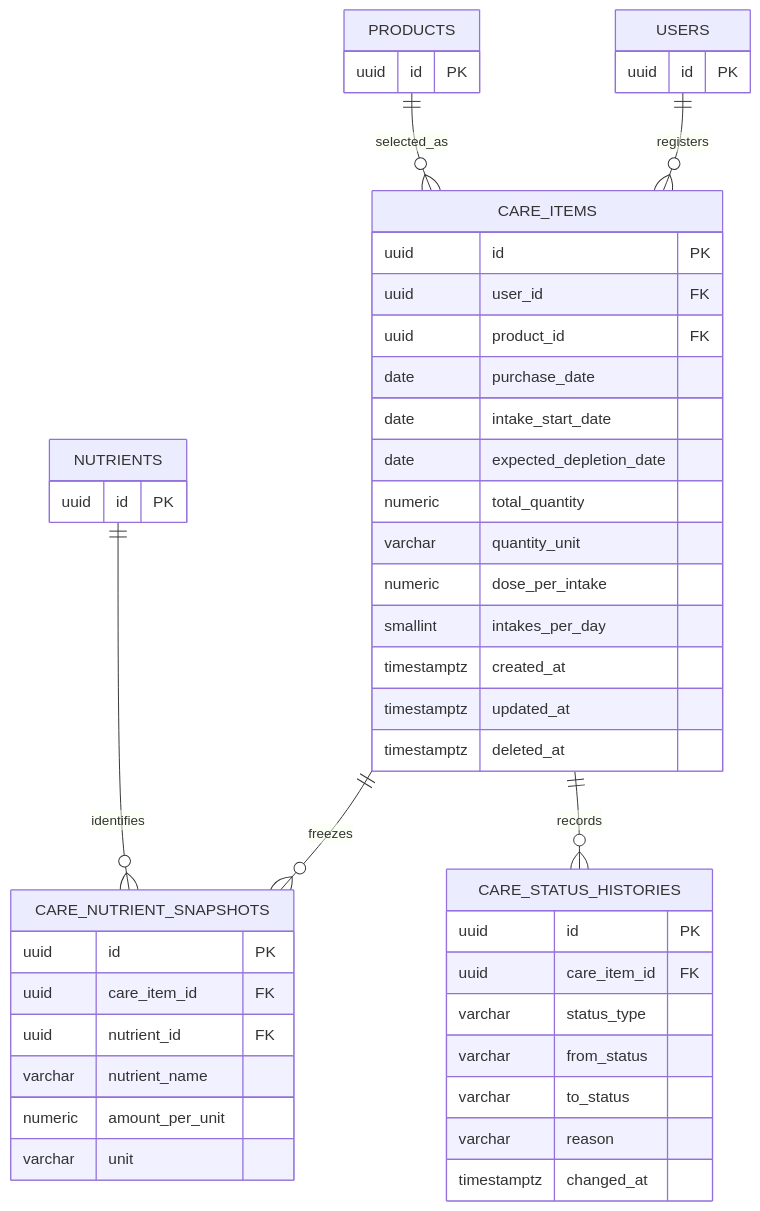
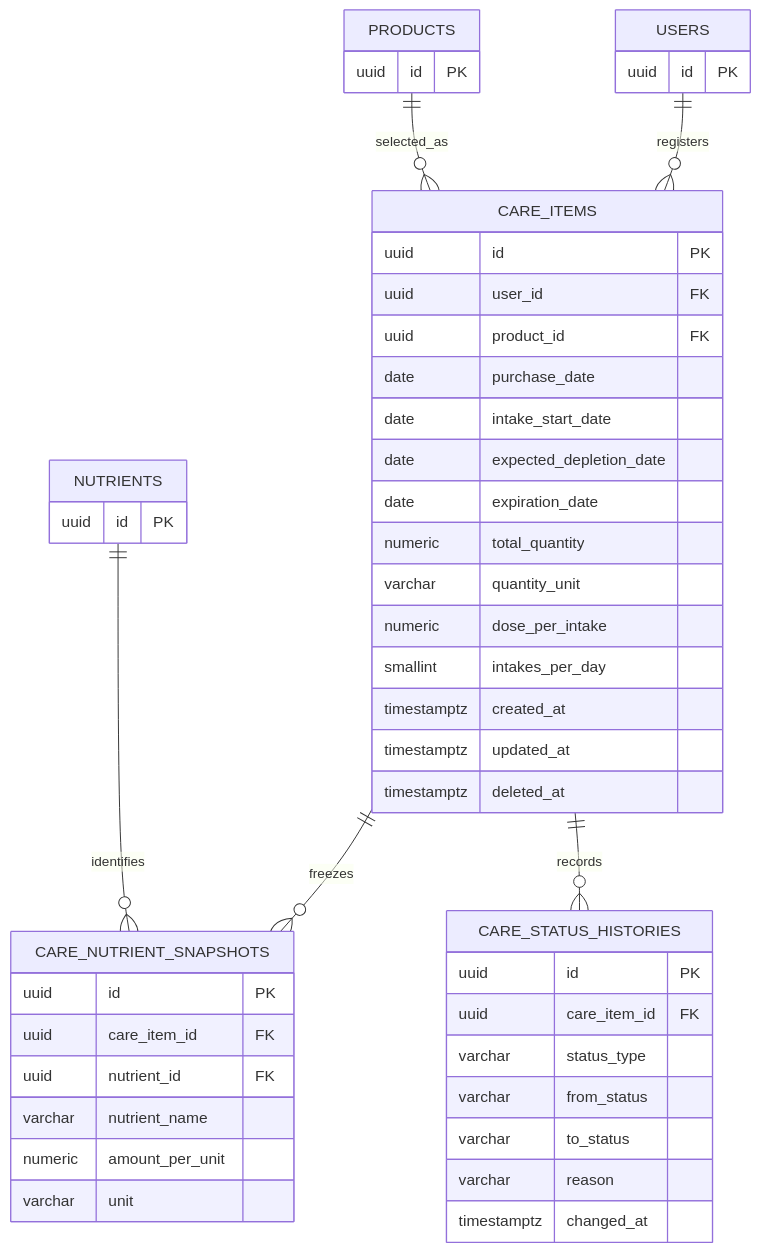
The third of 4 diagrams in docs/architecture/erd.md (Pilot-project-python5/backend), drawn with Mermaid before and after one commit. The commit also changed other lines of this file and 28 other files, not shown here.

````diff
--- a/docs/architecture/erd.md
+++ b/docs/architecture/erd.md
@@ -287,55 +287,56 @@
 ```mermaid
 erDiagram
     USERS ||--o{ CARE_ITEMS : registers
     PRODUCTS ||--o{ CARE_ITEMS : selected_as
     CARE_ITEMS ||--o{ CARE_NUTRIENT_SNAPSHOTS : freezes
     NUTRIENTS ||--o{ CARE_NUTRIENT_SNAPSHOTS : identifies
     CARE_ITEMS ||--o{ CARE_STATUS_HISTORIES : records
 
     USERS {
         uuid id PK
     }
 
     PRODUCTS {
         uuid id PK
     }
 
     NUTRIENTS {
         uuid id PK
     }
 
     CARE_ITEMS {
         uuid id PK
         uuid user_id FK
         uuid product_id FK
         date purchase_date
         date intake_start_date
         date expected_depletion_date
+        date expiration_date
         numeric total_quantity
         varchar quantity_unit
         numeric dose_per_intake
         smallint intakes_per_day
         timestamptz created_at
         timestamptz updated_at
         timestamptz deleted_at
     }
 
     CARE_NUTRIENT_SNAPSHOTS {
         uuid id PK
         uuid care_item_id FK
         uuid nutrient_id FK
         varchar nutrient_name
         numeric amount_per_unit
         varchar unit
     }
 
     CARE_STATUS_HISTORIES {
         uuid id PK
         uuid care_item_id FK
         varchar status_type
         varchar from_status
         varchar to_status
         varchar reason
         timestamptz changed_at
     }
 ```
````
